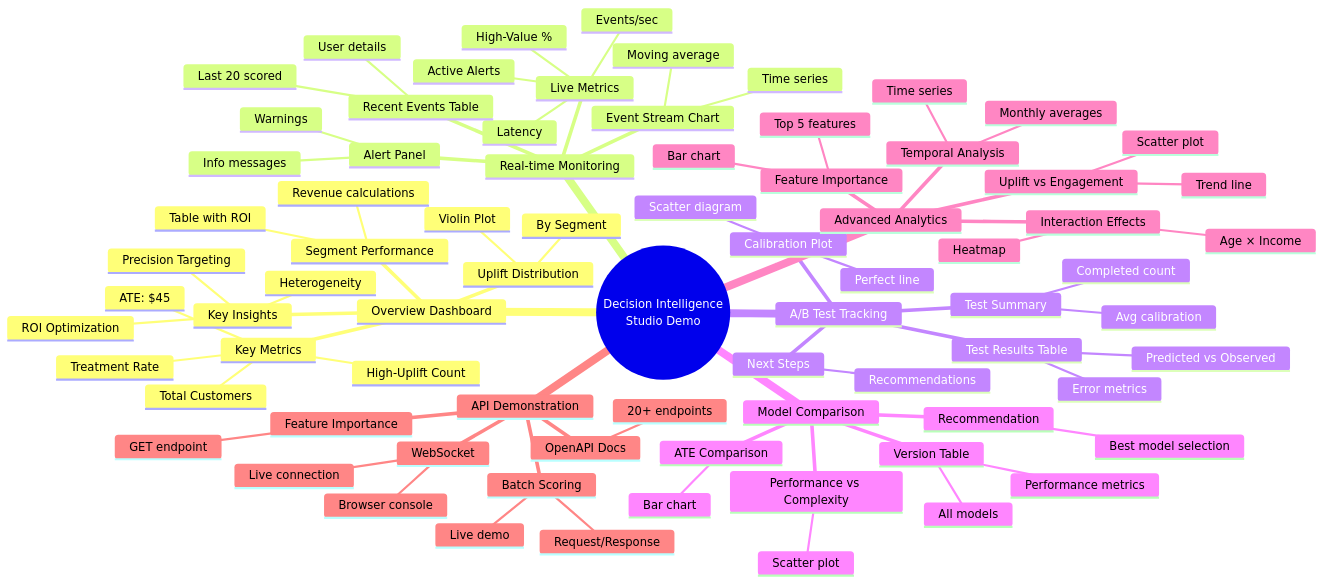
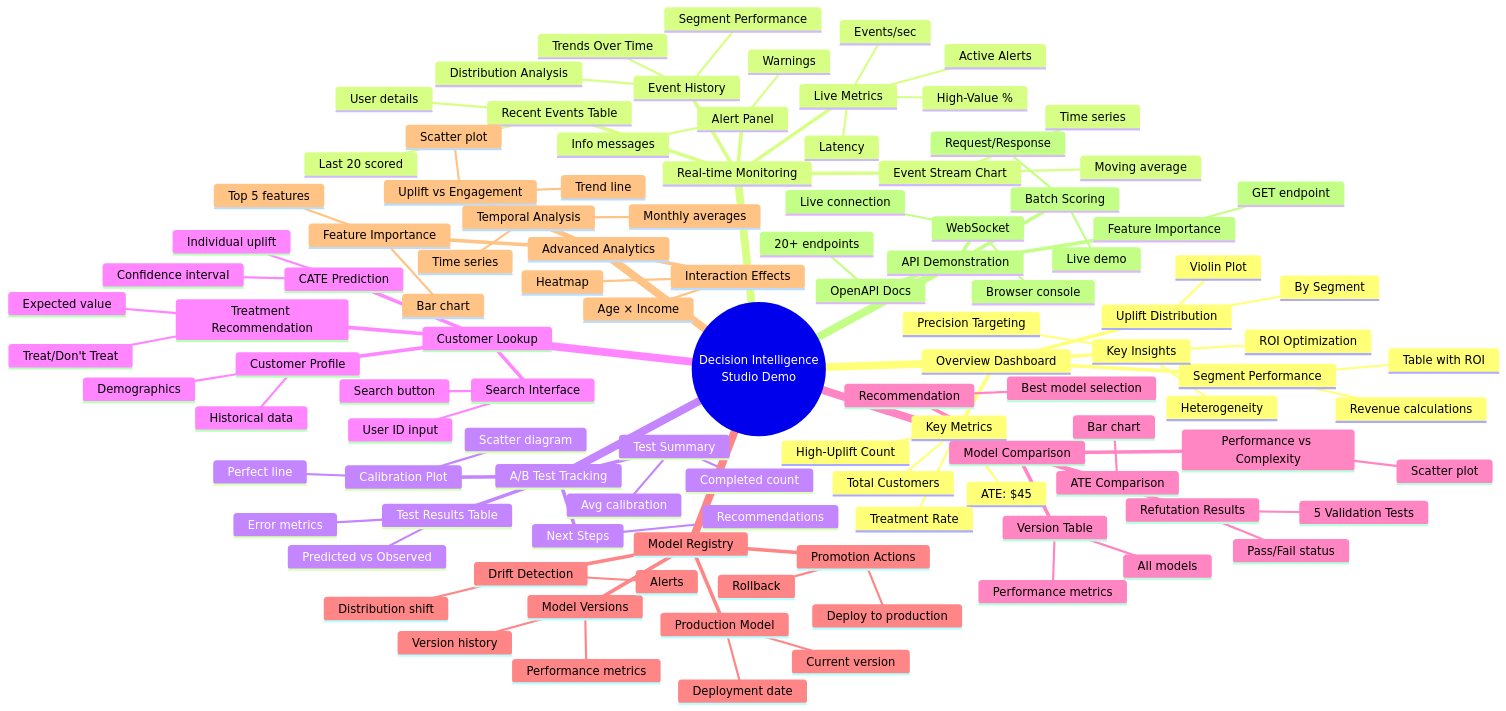
The eighth of 10 diagrams in SYSTEM_FLOW_DIAGRAMS.md (MinhTran1506/decision-intelligence-system), drawn with Mermaid before and after one commit. The commit also changed other lines of this file and 1 other file, not shown here.

Commit message:
Adding demo scripts and modify flow diagrams

```diff
--- a/SYSTEM_FLOW_DIAGRAMS.md
+++ b/SYSTEM_FLOW_DIAGRAMS.md
@@ -546,6 +570,10 @@
       Event Stream Chart
         Moving average
         Time series
+      Event History
+        Trends Over Time
+        Distribution Analysis
+        Segment Performance
       Recent Events Table
         Last 20 scored
         User details
@@ -564,16 +592,45 @@
         Avg calibration
       Next Steps
         Recommendations
+    Customer Lookup
+      Search Interface
+        User ID input
+        Search button
+      Customer Profile
+        Demographics
+        Historical data
+      CATE Prediction
+        Individual uplift
+        Confidence interval
+      Treatment Recommendation
+        Treat/Don't Treat
+        Expected value
     Model Comparison
       Version Table
         All models
         Performance metrics
       ATE Comparison
         Bar chart
+      Refutation Results
+        5 Validation Tests
+        Pass/Fail status
       Performance vs Complexity
         Scatter plot
       Recommendation
         Best model selection
+    Model Registry
+      Production Model
+        Current version
+        Deployment date
+      Model Versions
+        Version history
+        Performance metrics
+      Drift Detection
+        Distribution shift
+        Alerts
+      Promotion Actions
+        Deploy to production
+        Rollback
     Advanced Analytics
       Feature Importance
         Bar chart
```
